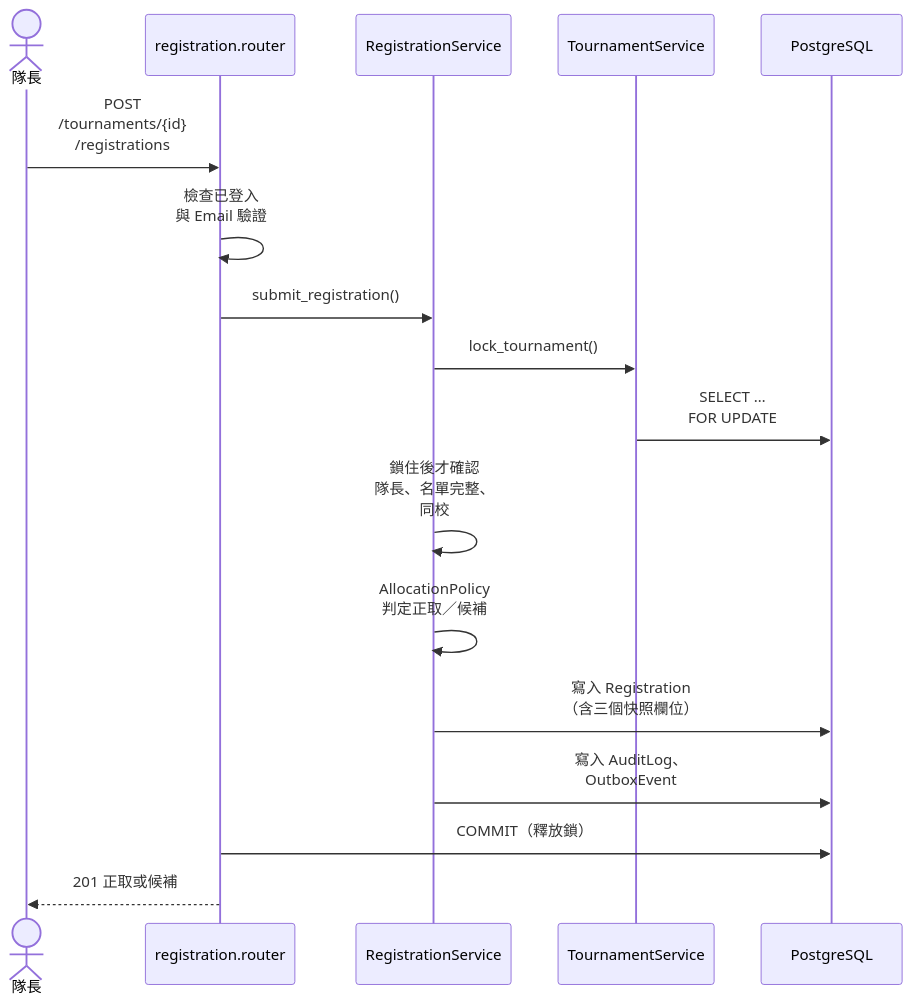
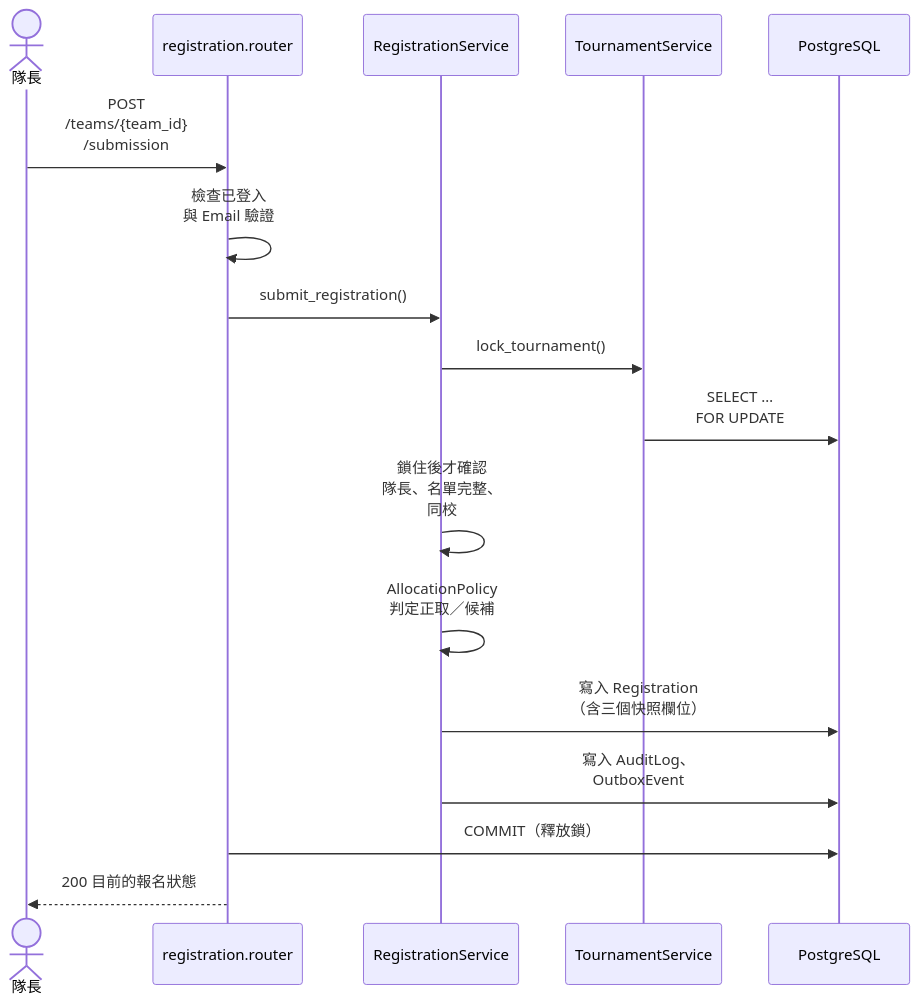
Before and after one commit to Team14good/esport-platform: the fourth of 6 diagrams in docs/midterm/C-軟體設計文件.md, drawn with Mermaid. The commit also changed other lines of this file and 14 other files, not shown here.

````diff
--- a/docs/midterm/C-軟體設計文件.md
+++ b/docs/midterm/C-軟體設計文件.md
@@ -214,19 +221,19 @@
 ```mermaid
 sequenceDiagram
   actor Cap as 隊長
   participant R as registration.router
   participant S as RegistrationService
   participant T as TournamentService
   participant DB as PostgreSQL
-  Cap->>R: POST<br/>/tournaments/{id}<br/>/registrations
+  Cap->>R: POST<br/>/teams/{team_id}<br/>/submission
   R->>R: 檢查已登入<br/>與 Email 驗證
   R->>S: submit_registration()
   S->>T: lock_tournament()
   T->>DB: SELECT …<br/>FOR UPDATE
   S->>S: 鎖住後才確認<br/>隊長、名單完整、<br/>同校
   S->>S: AllocationPolicy<br/>判定正取／候補
   S->>DB: 寫入 Registration<br/>（含三個快照欄位）
   S->>DB: 寫入 AuditLog、<br/>OutboxEvent
   R->>DB: COMMIT（釋放鎖）
-  R-->>Cap: 201 正取或候補
+  R-->>Cap: 200 目前的報名狀態
 ```
````
